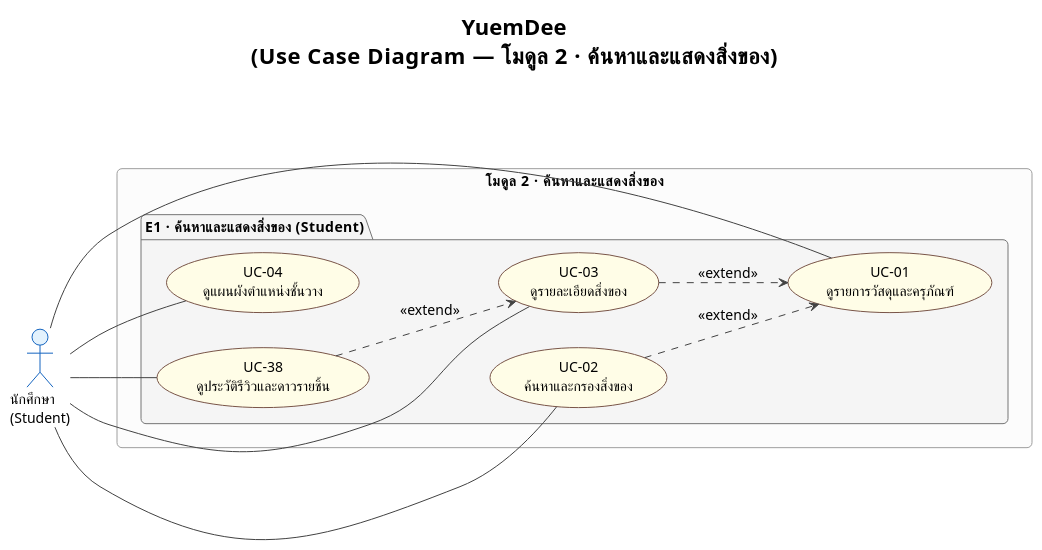
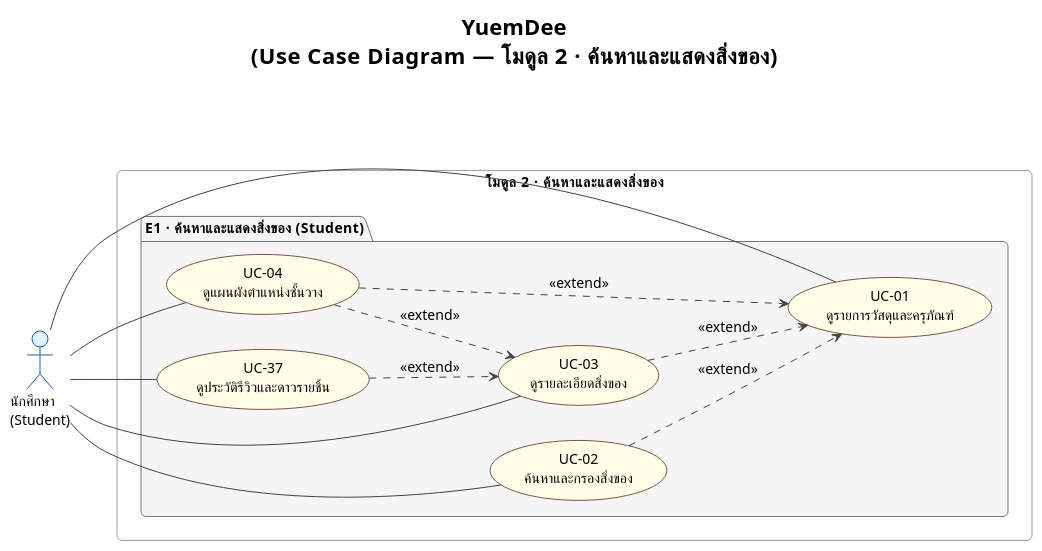
One commit to patlnwza-007/project-2569 changed the diagram in docs/proposal/usecase/usecase_module2.puml. Above: the diagram before and after it, drawn with PlantUML. The commit also changed other lines of this file and 176 other files, not shown here.

```diff
--- a/docs/proposal/usecase/usecase_module2.puml
+++ b/docs/proposal/usecase/usecase_module2.puml
@@ -2,52 +3,54 @@
 @startuml usecase_module2
 !theme plain
 skinparam defaultFontName TH Sarabun New
 skinparam defaultFontSize 14
 skinparam roundcorner 10
 
 skinparam usecase {
   BackgroundColor #FFFDE7
   BorderColor #795548
 }
 skinparam actor {
   BackgroundColor #E3F2FD
   BorderColor #1565C0
 }
 skinparam package {
   BackgroundColor #F5F5F5
   BorderColor #757575
   FontStyle bold
 }
 skinparam rectangle {
   BackgroundColor #FCFCFC
   BorderColor #9E9E9E
 }
 skinparam ArrowColor #424242
 
 title <b>YuemDee</b>\n(Use Case Diagram — โมดูล 2 · ค้นหาและแสดงสิ่งของ)
 
 left to right direction
 
 actor "นักศึกษา\n(Student)" as Student
 
 rectangle "โมดูล 2 · ค้นหาและแสดงสิ่งของ" {
   package "E1 · ค้นหาและแสดงสิ่งของ (Student)" {
     usecase "UC-01\nดูรายการวัสดุและครุภัณฑ์" as UC01
     usecase "UC-02\nค้นหาและกรองสิ่งของ" as UC02
     usecase "UC-03\nดูรายละเอียดสิ่งของ" as UC03
     usecase "UC-04\nดูแผนผังตำแหน่งชั้นวาง" as UC04
-    usecase "UC-38\nดูประวัติรีวิวและดาวรายชิ้น" as UC38
+    usecase "UC-37\nดูประวัติรีวิวและดาวรายชิ้น" as UC37
   }
 }
 
 Student -- UC01
 Student -- UC02
 Student -- UC03
 Student -- UC04
-Student -- UC38
+Student -- UC37
 
 UC02 ..> UC01 : <<extend>>
 UC03 ..> UC01 : <<extend>>
-UC38 ..> UC03 : <<extend>>
+UC37 ..> UC03 : <<extend>>
+UC04 ..> UC01 : <<extend>>
+UC04 ..> UC03 : <<extend>>
 
 @enduml
```
